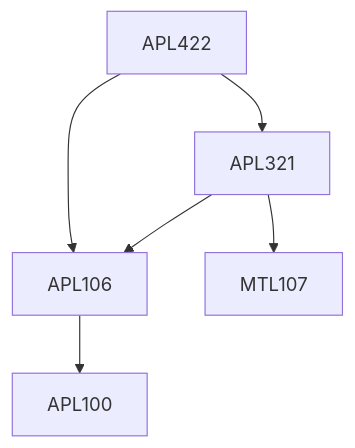
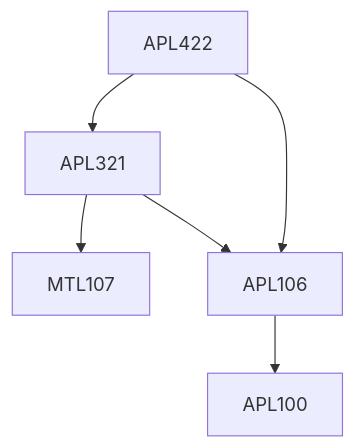
One commit to KeshavBansal0122/CoS_Website changed the diagram in content/Applied Mechanics/APL422.md. Above: the diagram before and after it, drawn with Mermaid. The commit also changed other lines of this file and 392 other files, not shown here.

````diff
--- a/content/Applied Mechanics/APL422.md
+++ b/content/Applied Mechanics/APL422.md
@@ -15,12 +15,12 @@
 ```mermaid
 flowchart TD
 APL422-39[APL422]
+APL106-39 --> APL100-39[APL100]
+APL321-39 --> MTL107-39[MTL107]
 APL321-39 --> APL106-39[APL106]
+APL422-39 --> APL321-39[APL321]
 APL422-39 --> APL106-39[APL106]
-APL321-39 --> MTL107-39[MTL107]
-APL106-39 --> APL100-39[APL100]
-APL422-39 --> APL321-39[APL321]
 
 classDef empty height:17px, fill:transparent, stroke:transparent;
 classDef trueEmpty height:0px, width:0px;
 ```
````
